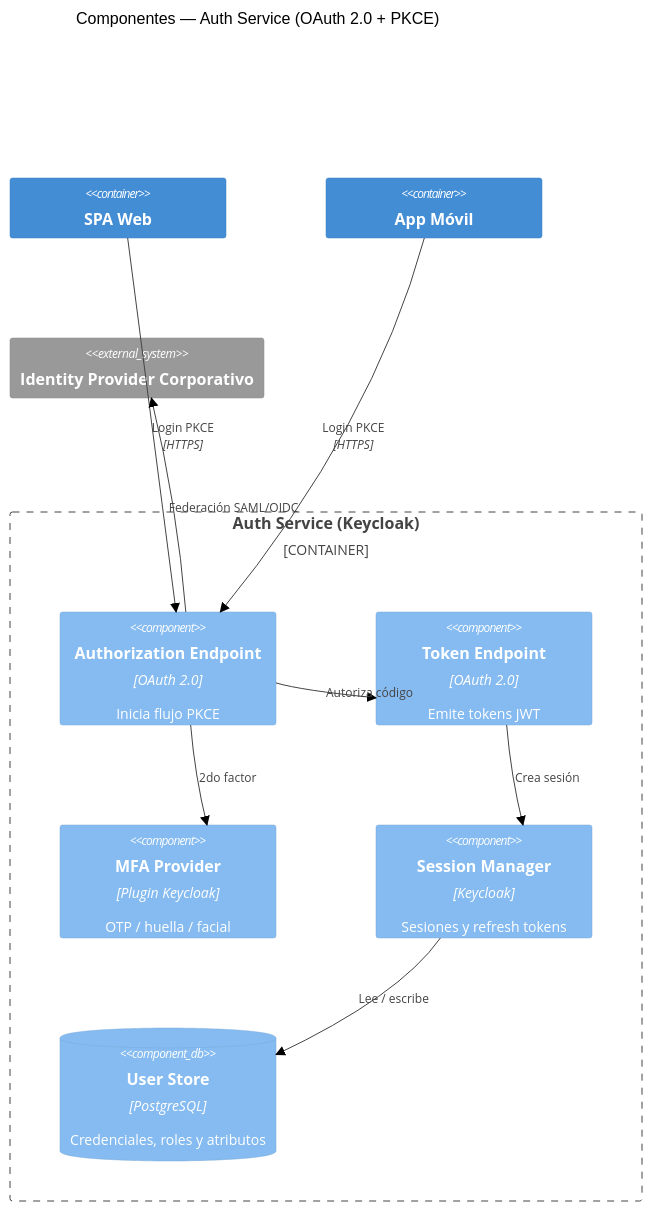
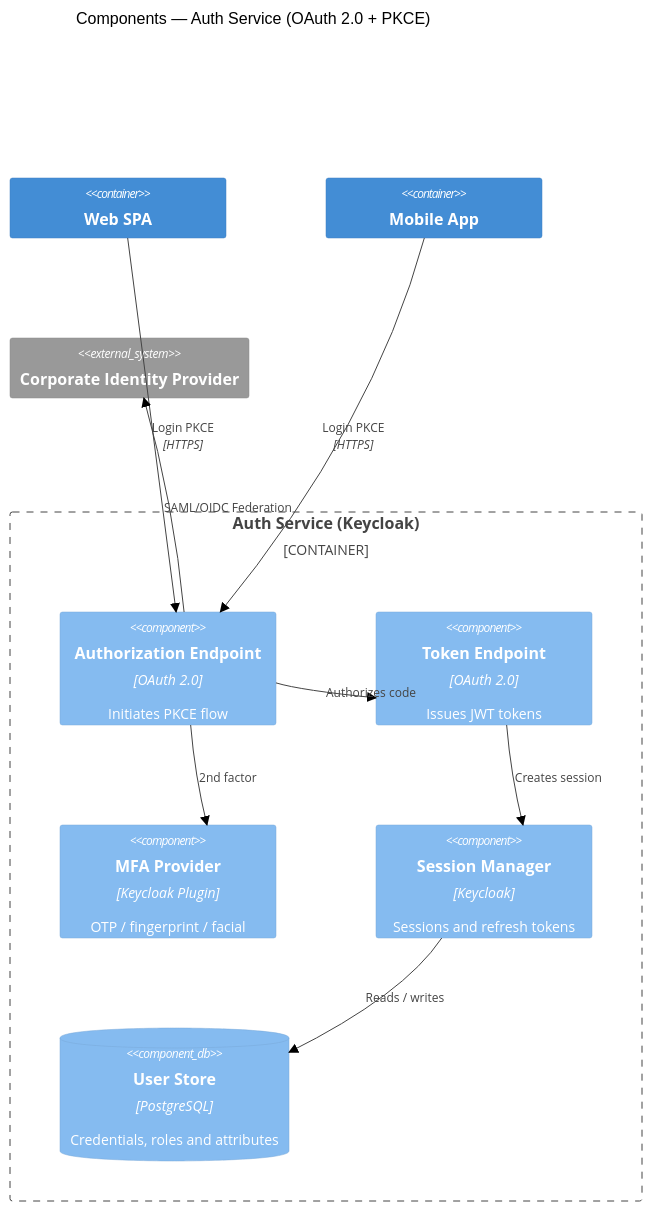
Before and after one commit to DavidVique1998/CV: the fourth of 11 diagrams in docs/origin/BP_BANKING_ARCHITECTURE.md, drawn with Mermaid (neutral theme). The commit also changed other lines of this file and 1 other file, not shown here.

Commit message:
docs: simplify BP_BANKING_ARCHITECTURE — group external systems, compact diagrams, horizontal PKCE flow

````diff
--- a/docs/origin/BP_BANKING_ARCHITECTURE.md
+++ b/docs/origin/BP_BANKING_ARCHITECTURE.md
@@ -149,24 +138,24 @@
 ```mermaid
 C4Component
-  title Componentes — Auth Service (OAuth 2.0 + PKCE)
+  title Components — Auth Service (OAuth 2.0 + PKCE)
 
   Container_Boundary(auth_svc, "Auth Service (Keycloak)") {
-    Component(auth_endpoint, "Authorization Endpoint", "OAuth 2.0", "Inicia flujo PKCE")
-    Component(token_endpoint, "Token Endpoint", "OAuth 2.0", "Emite tokens JWT")
-    Component(mfa_provider, "MFA Provider", "Plugin Keycloak", "OTP / huella / facial")
-    Component(session_manager, "Session Manager", "Keycloak", "Sesiones y refresh tokens")
-    ComponentDb(user_store, "User Store", "PostgreSQL", "Credenciales, roles y atributos")
+    Component(auth_endpoint, "Authorization Endpoint", "OAuth 2.0", "Initiates PKCE flow")
+    Component(token_endpoint, "Token Endpoint", "OAuth 2.0", "Issues JWT tokens")
+    Component(mfa_provider, "MFA Provider", "Keycloak Plugin", "OTP / fingerprint / facial")
+    Component(session_manager, "Session Manager", "Keycloak", "Sessions and refresh tokens")
+    ComponentDb(user_store, "User Store", "PostgreSQL", "Credentials, roles and attributes")
   }
 
-  Container(spa, "SPA Web")
-  Container(mobile, "App Móvil")
-  System_Ext(idp_ext, "Identity Provider Corporativo")
+  Container(spa, "Web SPA")
+  Container(mobile, "Mobile App")
+  System_Ext(idp_ext, "Corporate Identity Provider")
 
   Rel(spa, auth_endpoint, "Login PKCE", "HTTPS")
   Rel(mobile, auth_endpoint, "Login PKCE", "HTTPS")
-  Rel(auth_endpoint, mfa_provider, "2do factor")
-  Rel(auth_endpoint, token_endpoint, "Autoriza código")
-  Rel(token_endpoint, session_manager, "Crea sesión")
-  Rel(session_manager, user_store, "Lee / escribe")
-  Rel(auth_endpoint, idp_ext, "Federación SAML/OIDC")
+  Rel(auth_endpoint, mfa_provider, "2nd factor")
+  Rel(auth_endpoint, token_endpoint, "Authorizes code")
+  Rel(token_endpoint, session_manager, "Creates session")
+  Rel(session_manager, user_store, "Reads / writes")
+  Rel(auth_endpoint, idp_ext, "SAML/OIDC Federation")
 ```
````
